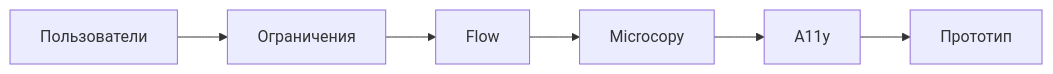
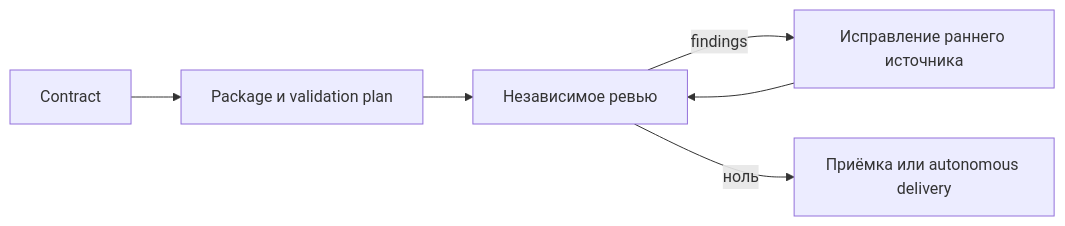
One commit to moira-mcp/moira changed the eighth of 13 diagrams in packages/docs/src/content/docs/ru/docs/reference/workflow-templates.mdx. Above: the diagram before and after it, drawn with Mermaid. The commit also changed other lines of this file and 72 other files, not shown here.

````diff
--- a/packages/docs/src/content/docs/ru/docs/reference/workflow-templates.mdx
+++ b/packages/docs/src/content/docs/ru/docs/reference/workflow-templates.mdx
@@ -210,4 +211,7 @@
 ```mermaid
 flowchart LR
-    A[Пользователи] --> B[Ограничения] --> C[Flow] --> D[Microcopy] --> E[A11y] --> F[Прототип]
+    A[Contract] --> B[Package и validation plan] --> C[Независимое ревью]
+    C -->|findings| D[Исправление раннего источника]
+    D --> C
+    C -->|ноль| E[Приёмка или autonomous delivery]
 ```
````
